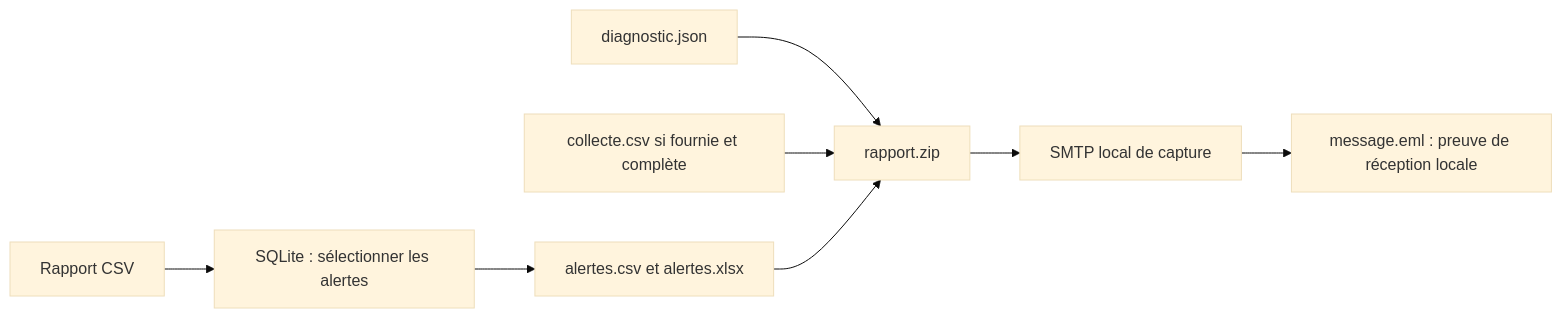
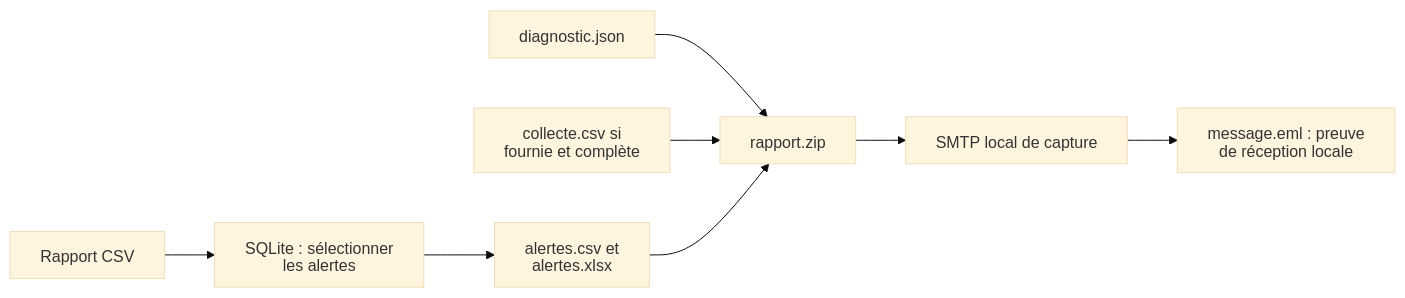
The third of 3 diagrams in ateliers/06/README.md (lapeyrade/formation-python), drawn with Mermaid (base theme) before and after one commit. The commit also changed other lines of this file and 17 other files, not shown here.

````diff
--- a/ateliers/06/README.md
+++ b/ateliers/06/README.md
@@ -423,10 +427,11 @@
 ```mermaid
+%%{init: {"htmlLabels": false, "flowchart": {"htmlLabels": false}}}%%
 flowchart LR
-  A["Rapport CSV"] --> B["SQLite : sélectionner les alertes"]
-  B --> C["alertes.csv et alertes.xlsx"]
+  A["Rapport CSV"] --> B["SQLite : sélectionner<br/>les alertes"]
+  B --> C["alertes.csv et<br/>alertes.xlsx"]
   D["diagnostic.json"] --> Z["rapport.zip"]
-  E["collecte.csv si fournie et complète"] --> Z
+  E["collecte.csv si<br/>fournie et complète"] --> Z
   C --> Z
   Z --> S["SMTP local de capture"]
-  S --> M["message.eml : preuve de réception locale"]
+  S --> M["message.eml : preuve<br/>de réception locale"]
 ```
````
